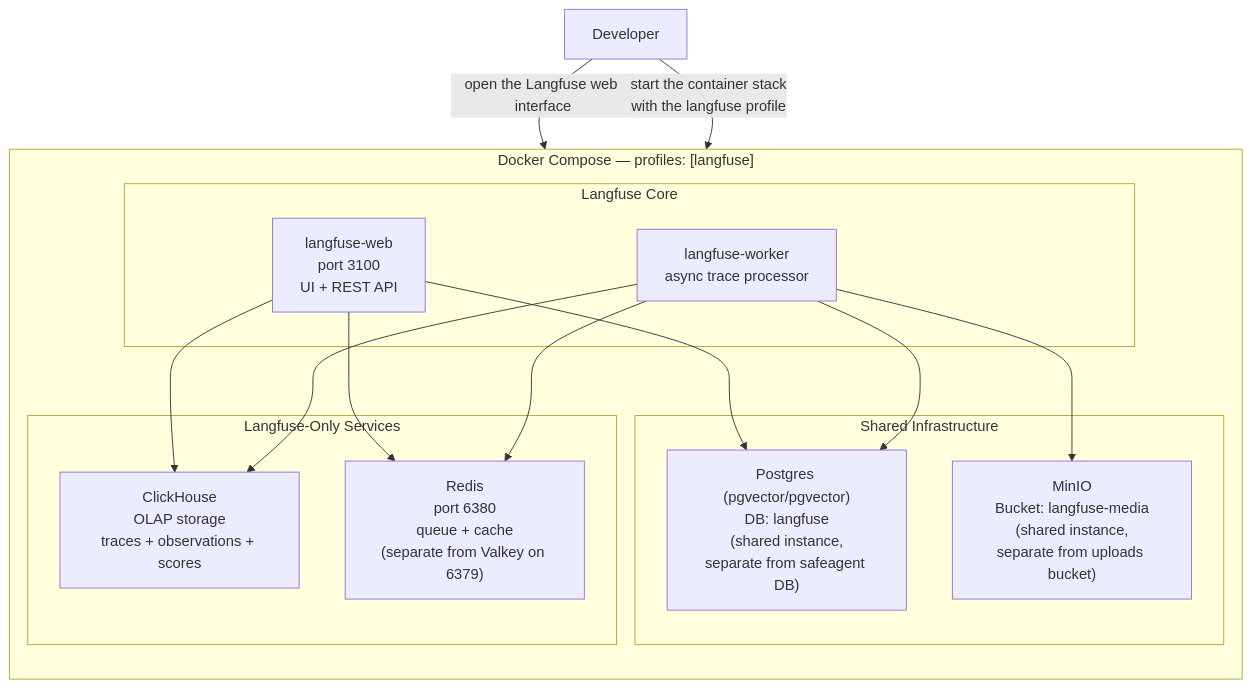
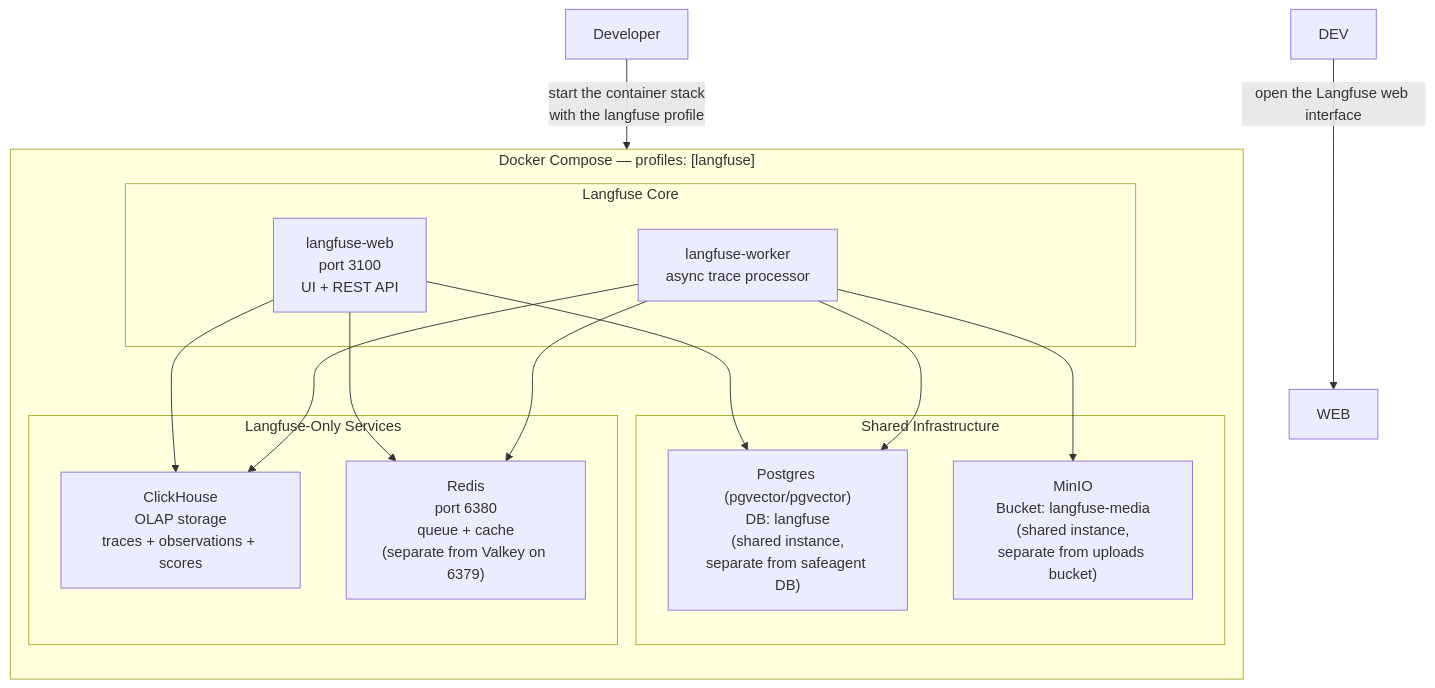
One commit to 1qh/safeagent changed the second of 14 diagrams in plan/14-observability.md. Above: the diagram before and after it, drawn with Mermaid. The commit also changed other lines of this file and 5 other files, not shown here.

Commit message:
expand abbreviated Mermaid node IDs to semantic UPPER_SNAKE names across plan

````diff
--- a/plan/14-observability.md
+++ b/plan/14-observability.md
@@ -90,27 +90,27 @@
 ```mermaid
 graph TB
     subgraph DOCKER["Docker Compose — profiles: [langfuse]"]
         direction TB
         subgraph CORE["Langfuse Core"]
-            WEB["langfuse-web\nport 3100\nUI + REST API"]
-            WORKER["langfuse-worker\nasync trace processor"]
+            LANGFUSE_WEB["langfuse-web\nport 3100\nUI + REST API"]
+            LANGFUSE_WORKER["langfuse-worker\nasync trace processor"]
         end
         subgraph STORAGE["Shared Infrastructure"]
-            PG["Postgres (pgvector/pgvector)\nDB: langfuse\n(shared instance,\nseparate from safeagent DB)"]
+            POSTGRES_SHARED["Postgres (pgvector/pgvector)\nDB: langfuse\n(shared instance,\nseparate from safeagent DB)"]
             MINIO["MinIO\nBucket: langfuse-media\n(shared instance,\nseparate from uploads bucket)"]
         end
         subgraph LANGFUSE_ONLY["Langfuse-Only Services"]
-            CH["ClickHouse\nOLAP storage\ntraces + observations + scores"]
+            CLICKHOUSE["ClickHouse\nOLAP storage\ntraces + observations + scores"]
             REDIS_LF["Redis\nport 6380\nqueue + cache\n(separate from Valkey on 6379)"]
         end
-        WEB --> PG
-        WEB --> CH
-        WEB --> REDIS_LF
-        WORKER --> PG
-        WORKER --> CH
-        WORKER --> REDIS_LF
-        WORKER --> MINIO
+        LANGFUSE_WEB --> POSTGRES_SHARED
+        LANGFUSE_WEB --> CLICKHOUSE
+        LANGFUSE_WEB --> REDIS_LF
+        LANGFUSE_WORKER --> POSTGRES_SHARED
+        LANGFUSE_WORKER --> CLICKHOUSE
+        LANGFUSE_WORKER --> REDIS_LF
+        LANGFUSE_WORKER --> MINIO
     end
-    DEV["Developer"] -->|"start the container stack\nwith the langfuse profile"| DOCKER
+    DEVELOPER["Developer"] -->|"start the container stack\nwith the langfuse profile"| DOCKER
     DEV -->|"open the Langfuse web interface"| WEB
 ```
````
